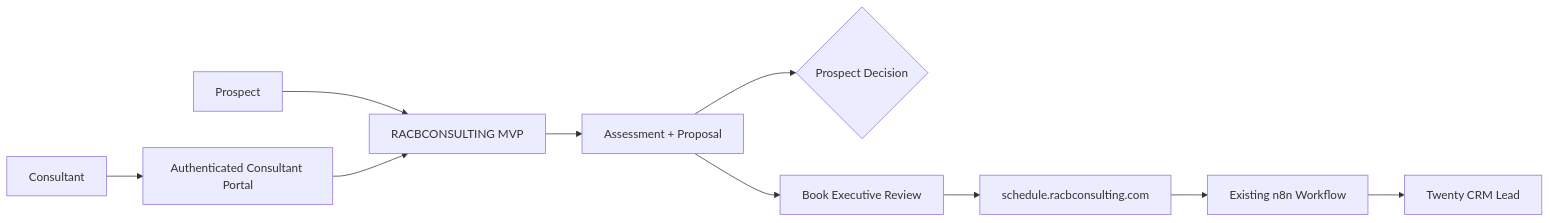
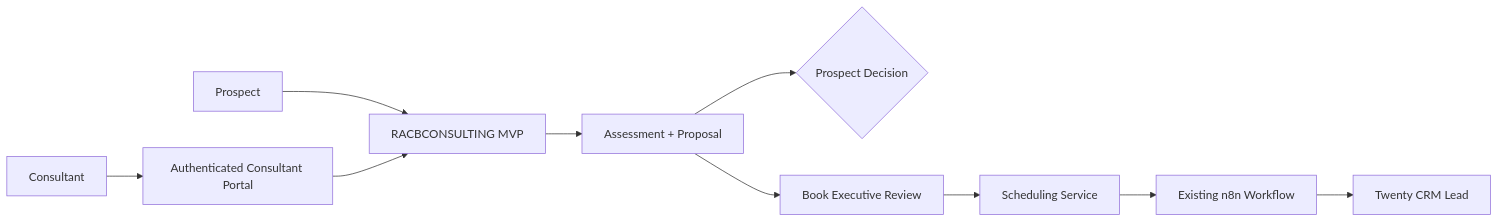
Before and after one commit to Reneknt/racb-ai-automation-portfolio: the first of 3 diagrams in projects/racbconsulting-mvp.md, drawn with Mermaid. The commit also changed other lines of this file, not shown here.

````diff
--- a/projects/racbconsulting-mvp.md
+++ b/projects/racbconsulting-mvp.md
@@ -28,12 +47,12 @@
 ```mermaid
 flowchart LR
     P[Prospect] --> M[RACBCONSULTING MVP]
     M --> A[Assessment + Proposal]
     A --> D{Prospect Decision}
     A --> S[Book Executive Review]
-    S --> SCH[schedule.racbconsulting.com]
+    S --> SCH[Scheduling Service]
     SCH --> N[Existing n8n Workflow]
     N --> T[Twenty CRM Lead]
     C[Consultant] --> CP[Authenticated Consultant Portal]
     CP --> M
 ```
````
